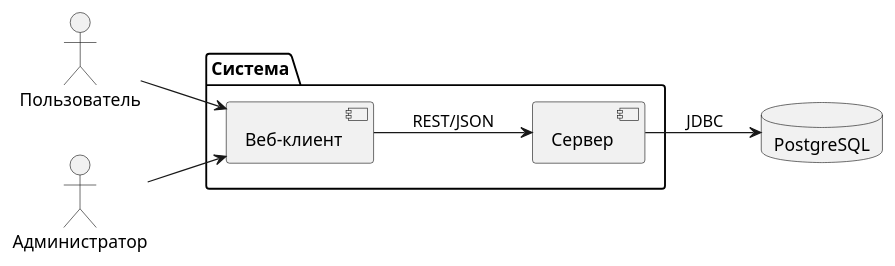
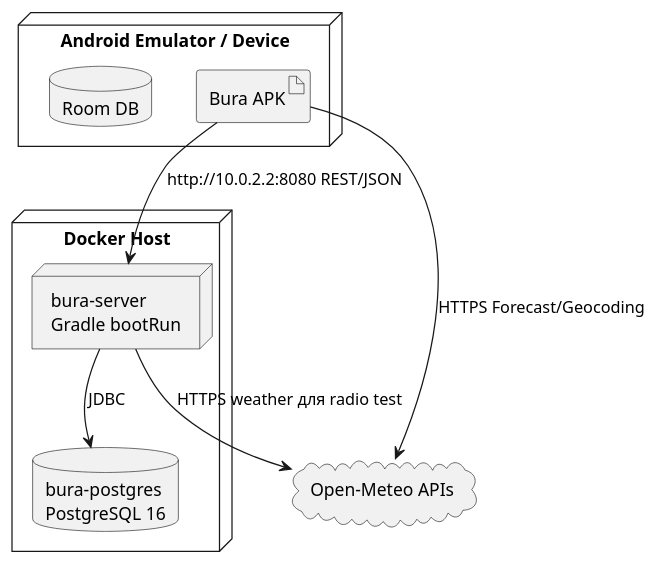
The diagram in docs/02-architecture/arc42-overview.md (DocesForg/WeatherCursovayApp), drawn with PlantUML before and after one commit. The commit also changed other lines of this file and 5 other files, not shown here.

````diff
--- a/docs/02-architecture/arc42-overview.md
+++ b/docs/02-architecture/arc42-overview.md
@@ -70,21 +219,20 @@
 ```plantuml
 @startuml
-left to right direction
-
-actor "Пользователь" as User
-actor "Администратор" as Admin
-
-package "Система" {
-    [Веб-клиент] as Web
-    [Сервер] as Server
+node "Android Emulator / Device" {
+  artifact "Bura APK"
+  database "Room DB"
 }
 
-database "PostgreSQL" as DB
+node "Docker Host" {
+  node "bura-server\nGradle bootRun" as Server
+  database "bura-postgres\nPostgreSQL 16" as Postgres
+}
 
-User --> Web
-Admin --> Web
-Web --> Server : REST/JSON
-Server --> DB : JDBC
+cloud "Open-Meteo APIs" as OpenMeteo
 
+"Bura APK" --> Server : http://10.0.2.2:8080 REST/JSON
+"Bura APK" --> OpenMeteo : HTTPS Forecast/Geocoding
+Server --> Postgres : JDBC
+Server --> OpenMeteo : HTTPS weather для radio test
 @enduml
 ```
````
